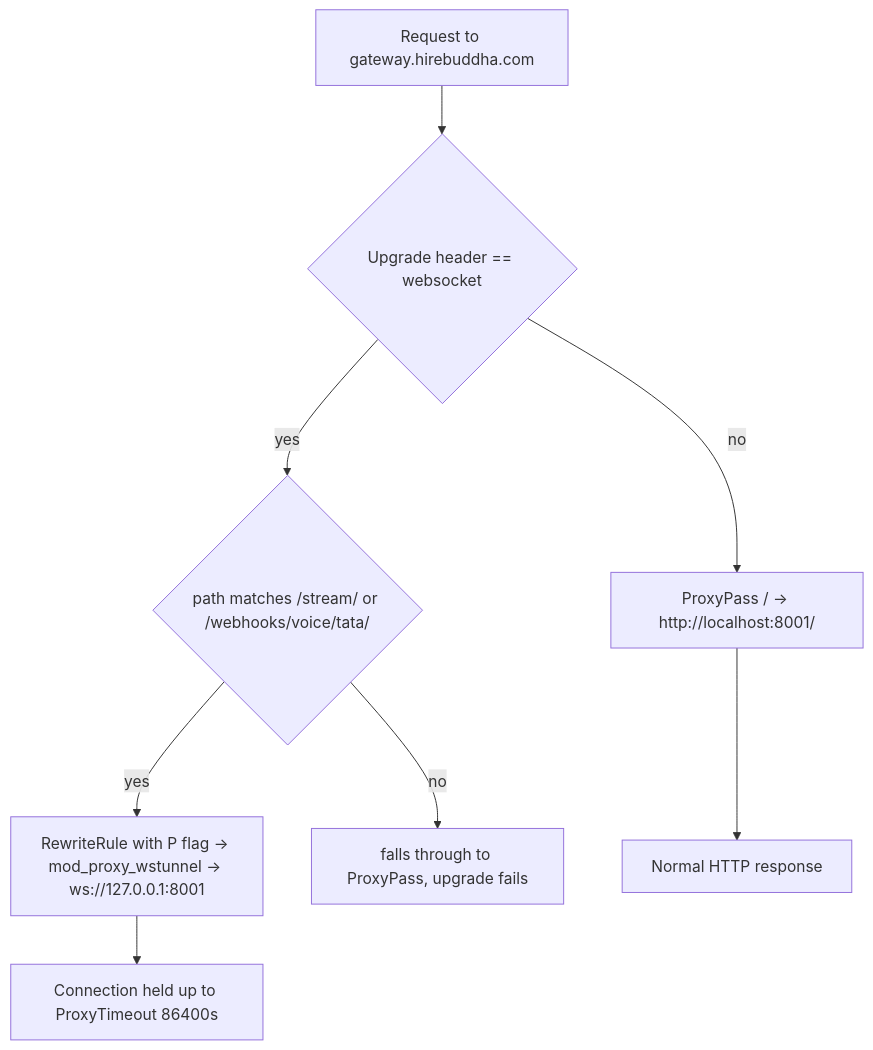
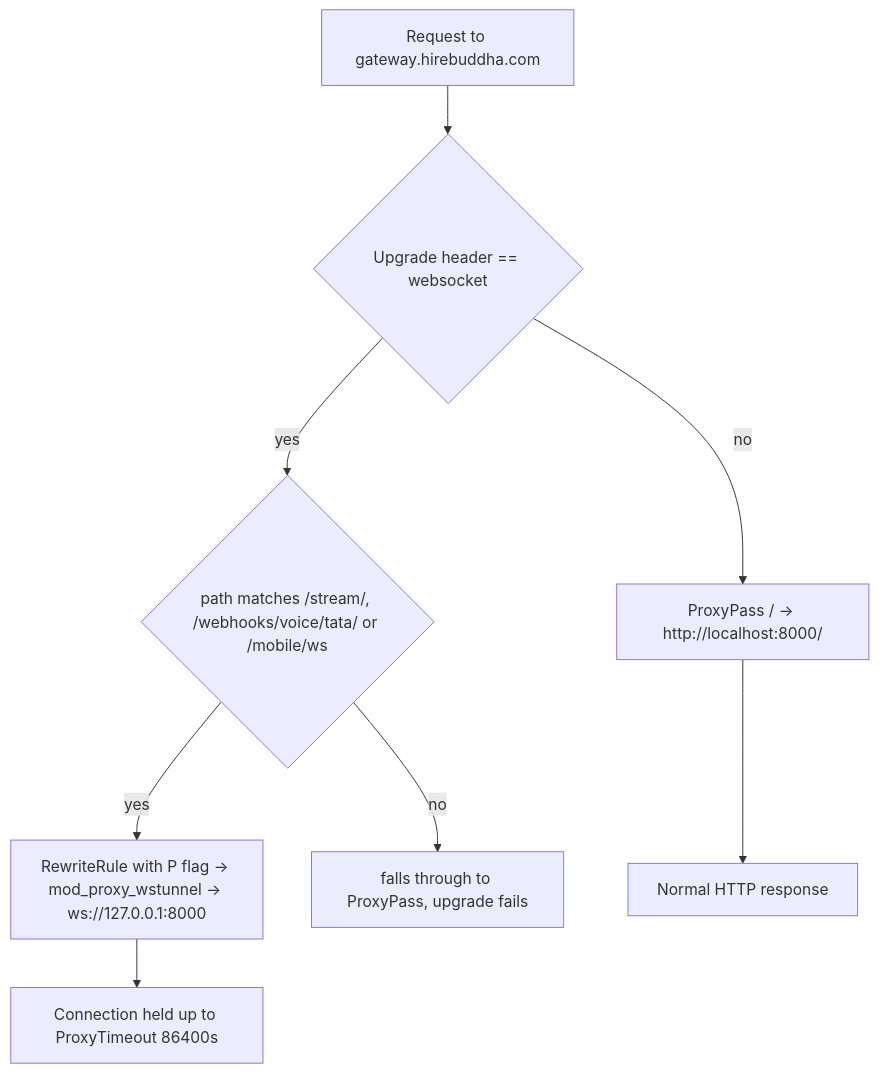
Diagram 21 of 22 in docs/current/13-gateway-and-realtime.md (gondolerahul/hire-buddha-app), drawn with Mermaid before and after one commit. The commit also changed other lines of this file and 61 other files, not shown here.

````diff
--- a/docs/current/13-gateway-and-realtime.md
+++ b/docs/current/13-gateway-and-realtime.md
@@ -1608,10 +1339,10 @@
 ```mermaid
 flowchart TD
     REQ["Request to gateway.hirebuddha.com"] --> UPG{"Upgrade header == websocket"}
-    UPG -->|yes| PATH{"path matches /stream/ or /webhooks/voice/tata/"}
-    PATH -->|yes| WS["RewriteRule with P flag -> mod_proxy_wstunnel -> ws://127.0.0.1:8001"]
+    UPG -->|yes| PATH{"path matches /stream/, /webhooks/voice/tata/ or /mobile/ws"}
+    PATH -->|yes| WS["RewriteRule with P flag -> mod_proxy_wstunnel -> ws://127.0.0.1:8000"]
     PATH -->|no| HTTP["falls through to ProxyPass, upgrade fails"]
-    UPG -->|no| HTTP2["ProxyPass / -> http://localhost:8001/"]
+    UPG -->|no| HTTP2["ProxyPass / -> http://localhost:8000/"]
     WS --> LIVE["Connection held up to ProxyTimeout 86400s"]
     HTTP2 --> RESP["Normal HTTP response"]
 ```
````
